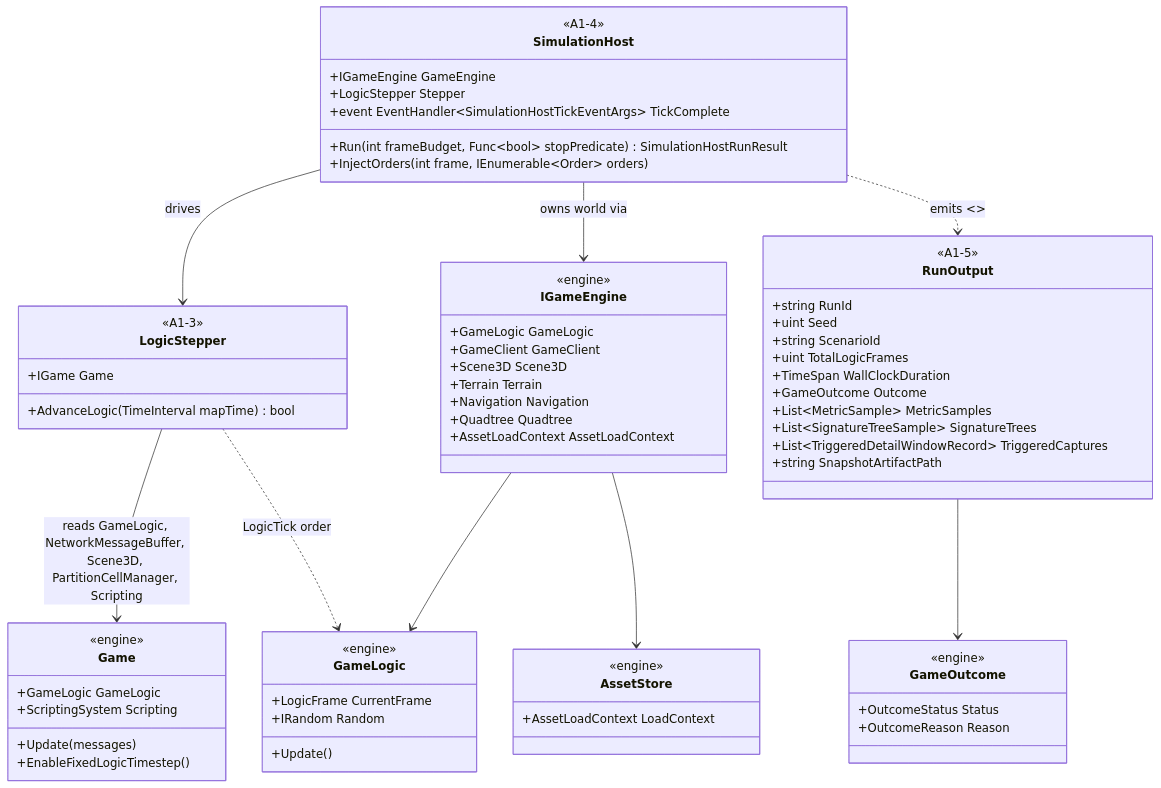
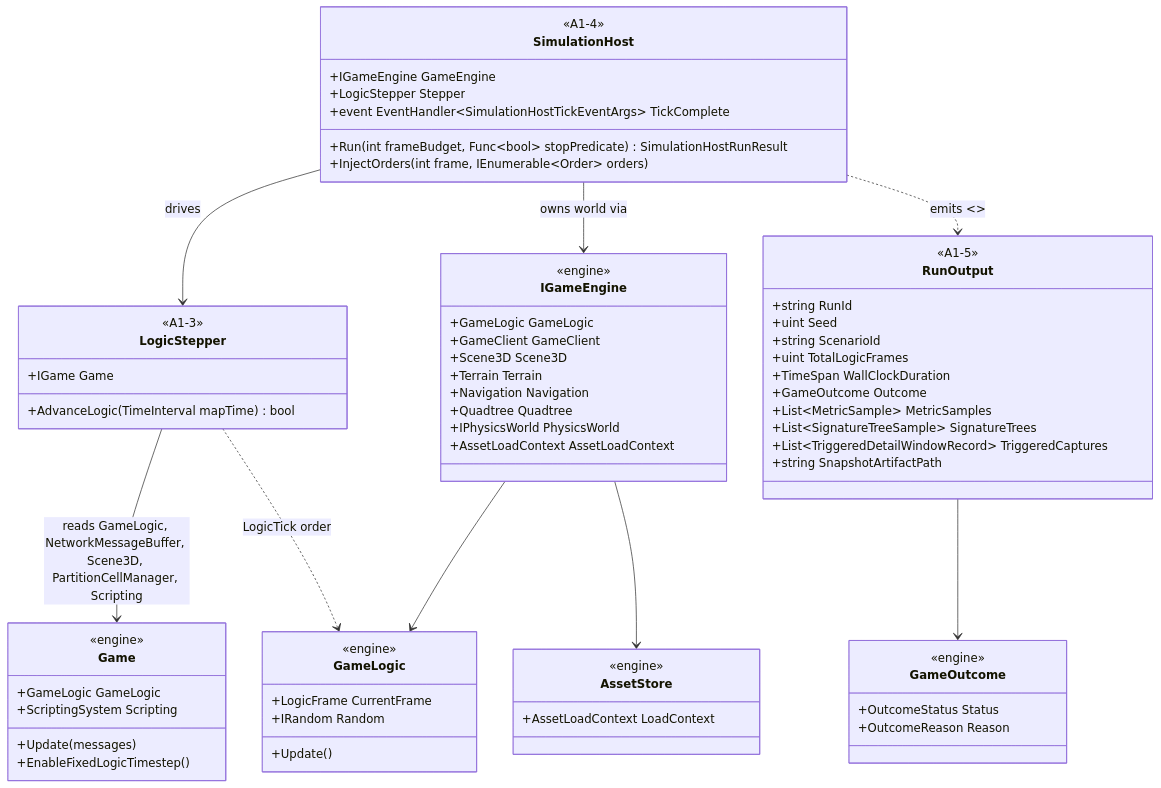
Before and after one commit to rmessinger/Panopticon: the first of 3 diagrams in docs/roadmap/deep-dives/a1-headless-host.md, drawn with Mermaid. The commit also changed other lines of this file and 15 other files, not shown here.

First line of the commit message:
docs: expand Bepu object physics roadmap

````diff
--- a/docs/roadmap/deep-dives/a1-headless-host.md
+++ b/docs/roadmap/deep-dives/a1-headless-host.md
@@ -133,77 +134,78 @@
 ```mermaid
 classDiagram
   class SimulationHost {
     <<A1-4>>
     +IGameEngine GameEngine
     +LogicStepper Stepper
     +Run(int frameBudget, Func~bool~ stopPredicate) SimulationHostRunResult
     +InjectOrders(int frame, IEnumerable~Order~ orders)
     +event EventHandler~SimulationHostTickEventArgs~ TickComplete
   }
 
   class LogicStepper {
     <<A1-3>>
     +IGame Game
     +AdvanceLogic(TimeInterval mapTime) bool
   }
 
   class Game {
     <<engine>>
     +GameLogic GameLogic
     +ScriptingSystem Scripting
     +Update(messages)
     +EnableFixedLogicTimestep()
   }
 
   class IGameEngine {
     <<engine>>
     +GameLogic GameLogic
     +GameClient GameClient
     +Scene3D Scene3D
     +Terrain Terrain
     +Navigation Navigation
     +Quadtree Quadtree
+    +IPhysicsWorld PhysicsWorld
     +AssetLoadContext AssetLoadContext
   }
 
   class GameLogic {
     <<engine>>
     +LogicFrame CurrentFrame
     +IRandom Random
     +Update()
   }
 
   class AssetStore {
     <<engine>>
     +AssetLoadContext LoadContext
   }
 
   class RunOutput {
     <<A1-5>>
     +string RunId
     +uint Seed
     +string ScenarioId
     +uint TotalLogicFrames
     +TimeSpan WallClockDuration
     +GameOutcome Outcome
     +List~MetricSample~ MetricSamples
     +List~SignatureTreeSample~ SignatureTrees
     +List~TriggeredDetailWindowRecord~ TriggeredCaptures
     +string SnapshotArtifactPath
   }
 
   class GameOutcome {
     <<engine>>
     +OutcomeStatus Status
     +OutcomeReason Reason
   }
 
   SimulationHost --> LogicStepper : drives
   SimulationHost --> IGameEngine : owns world via
   LogicStepper --> Game : reads GameLogic, NetworkMessageBuffer, Scene3D, PartitionCellManager, Scripting
   LogicStepper ..> GameLogic : LogicTick order
   IGameEngine --> GameLogic
   IGameEngine --> AssetStore
   SimulationHost ..> RunOutput : emits <<A1-5>>
   RunOutput --> GameOutcome
 ```
````
